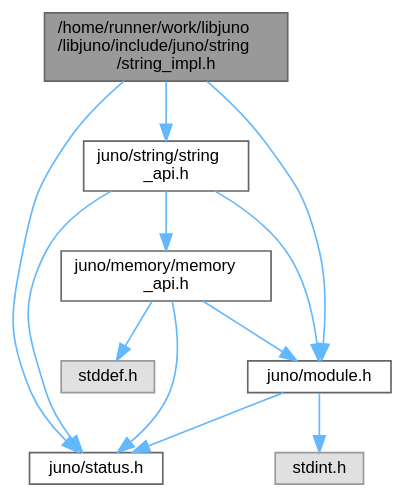
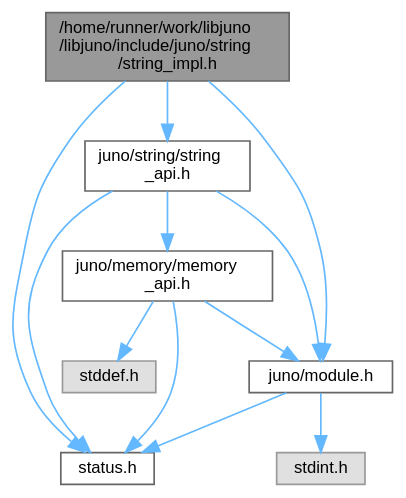
One commit to robinonsay/libjuno changed the diagram in string__impl_8h__incl.dot. Above: the diagram before and after it, drawn with Graphviz. The commit also changed 217 other files, not shown here.

```diff
--- a/string__impl_8h__incl.dot
+++ b/string__impl_8h__incl.dot
@@ -1,25 +1,25 @@
 digraph "/home/runner/work/libjuno/libjuno/include/juno/string/string_impl.h"
 {
  // LATEX_PDF_SIZE
   bgcolor="transparent";
   edge [fontname=Helvetica,fontsize=10,labelfontname=Helvetica,labelfontsize=10];
   node [fontname=Helvetica,fontsize=10,shape=box,height=0.2,width=0.4];
   Node1 [id="Node000001",label="/home/runner/work/libjuno\l/libjuno/include/juno/string\l/string_impl.h",height=0.2,width=0.4,color="gray40", fillcolor="grey60", style="filled", fontcolor="black",tooltip=" "];
   Node1 -> Node2 [id="edge1_Node000001_Node000002",color="steelblue1",style="solid",tooltip=" "];
   Node2 [id="Node000002",label="juno/module.h",height=0.2,width=0.4,color="grey40", fillcolor="white", style="filled",URL="$module_8h.html",tooltip=" "];
   Node2 -> Node3 [id="edge2_Node000002_Node000003",color="steelblue1",style="solid",tooltip=" "];
-  Node3 [id="Node000003",label="juno/status.h",height=0.2,width=0.4,color="grey40", fillcolor="white", style="filled",URL="$status_8h.html",tooltip=" "];
+  Node3 [id="Node000003",label="status.h",height=0.2,width=0.4,color="grey40", fillcolor="white", style="filled",URL="$status_8h.html",tooltip=" "];
   Node2 -> Node4 [id="edge3_Node000002_Node000004",color="steelblue1",style="solid",tooltip=" "];
   Node4 [id="Node000004",label="stdint.h",height=0.2,width=0.4,color="grey60", fillcolor="#E0E0E0", style="filled",tooltip=" "];
   Node1 -> Node3 [id="edge4_Node000001_Node000003",color="steelblue1",style="solid",tooltip=" "];
   Node1 -> Node5 [id="edge5_Node000001_Node000005",color="steelblue1",style="solid",tooltip=" "];
   Node5 [id="Node000005",label="juno/string/string\l_api.h",height=0.2,width=0.4,color="grey40", fillcolor="white", style="filled",URL="$string__api_8h.html",tooltip=" "];
   Node5 -> Node6 [id="edge6_Node000005_Node000006",color="steelblue1",style="solid",tooltip=" "];
   Node6 [id="Node000006",label="juno/memory/memory\l_api.h",height=0.2,width=0.4,color="grey40", fillcolor="white", style="filled",URL="$memory__api_8h.html",tooltip=" "];
   Node6 -> Node3 [id="edge7_Node000006_Node000003",color="steelblue1",style="solid",tooltip=" "];
   Node6 -> Node2 [id="edge8_Node000006_Node000002",color="steelblue1",style="solid",tooltip=" "];
   Node6 -> Node7 [id="edge9_Node000006_Node000007",color="steelblue1",style="solid",tooltip=" "];
   Node7 [id="Node000007",label="stddef.h",height=0.2,width=0.4,color="grey60", fillcolor="#E0E0E0", style="filled",tooltip=" "];
   Node5 -> Node3 [id="edge10_Node000005_Node000003",color="steelblue1",style="solid",tooltip=" "];
   Node5 -> Node2 [id="edge11_Node000005_Node000002",color="steelblue1",style="solid",tooltip=" "];
 }
```
